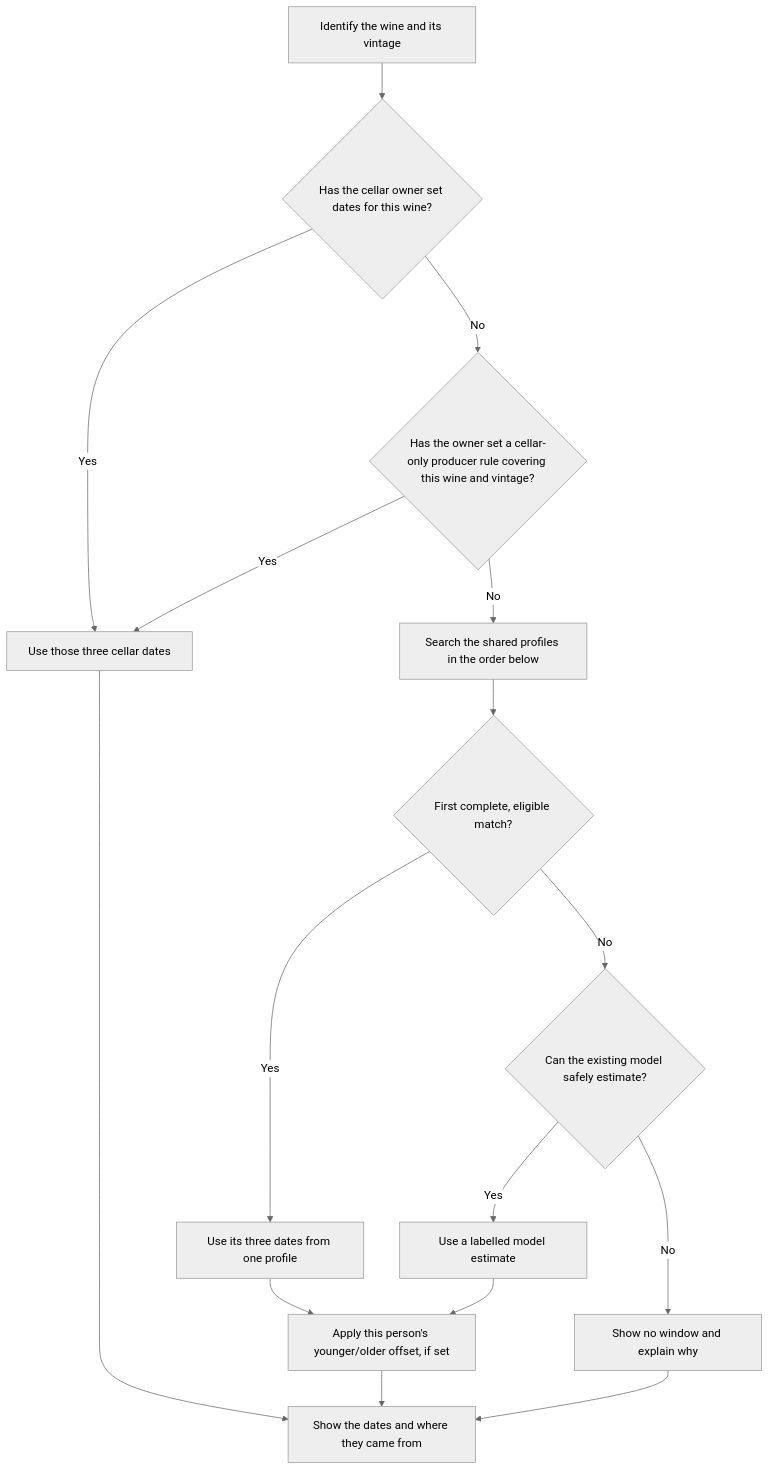
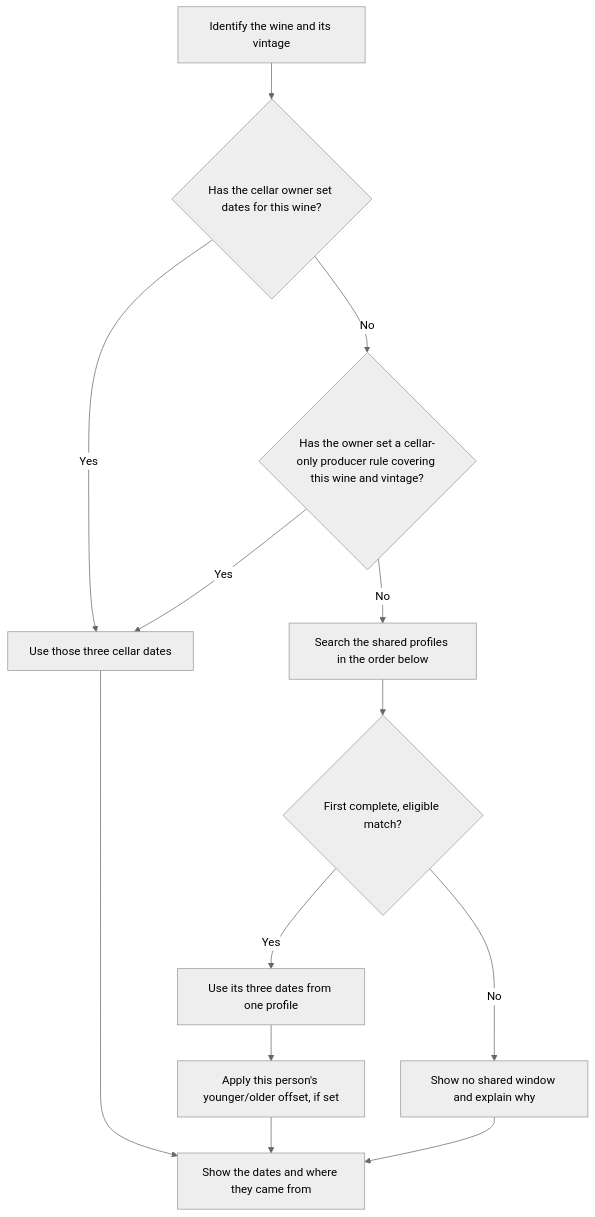
The first of 3 diagrams in docs/drinking-window-product-contract.md (alexv3429/cellarmanager), drawn with Mermaid (neutral theme) before and after one commit. The commit also changed other lines of this file and 1 other file, not shown here.

Commit message:
docs: define legacy drinking-window retirement and review threshold

````diff
--- a/docs/drinking-window-product-contract.md
+++ b/docs/drinking-window-product-contract.md
@@ -27,18 +27,15 @@
 ```mermaid
 flowchart TD
     I["Identify the wine and its vintage"] --> W{"Has the cellar owner set dates for this wine?"}
     W -- Yes --> O["Use those three cellar dates"]
     W -- No --> P{"Has the owner set a cellar-only producer rule covering this wine and vintage?"}
     P -- Yes --> O
     P -- No --> R["Search the shared profiles in the order below"]
     R --> F{"First complete, eligible match?"}
     F -- Yes --> S["Use its three dates from one profile"]
-    F -- No --> N{"Can the existing model safely estimate?"}
-    N -- Yes --> M["Use a labelled model estimate"]
-    N -- No --> Z["Show no window and explain why"]
+    F -- No --> Z["Show no shared window and explain why"]
     S --> A["Apply this person's younger/older offset, if set"]
-    M --> A
     A --> D["Show the dates and where they came from"]
     O --> D
     Z --> D
 ```
````
